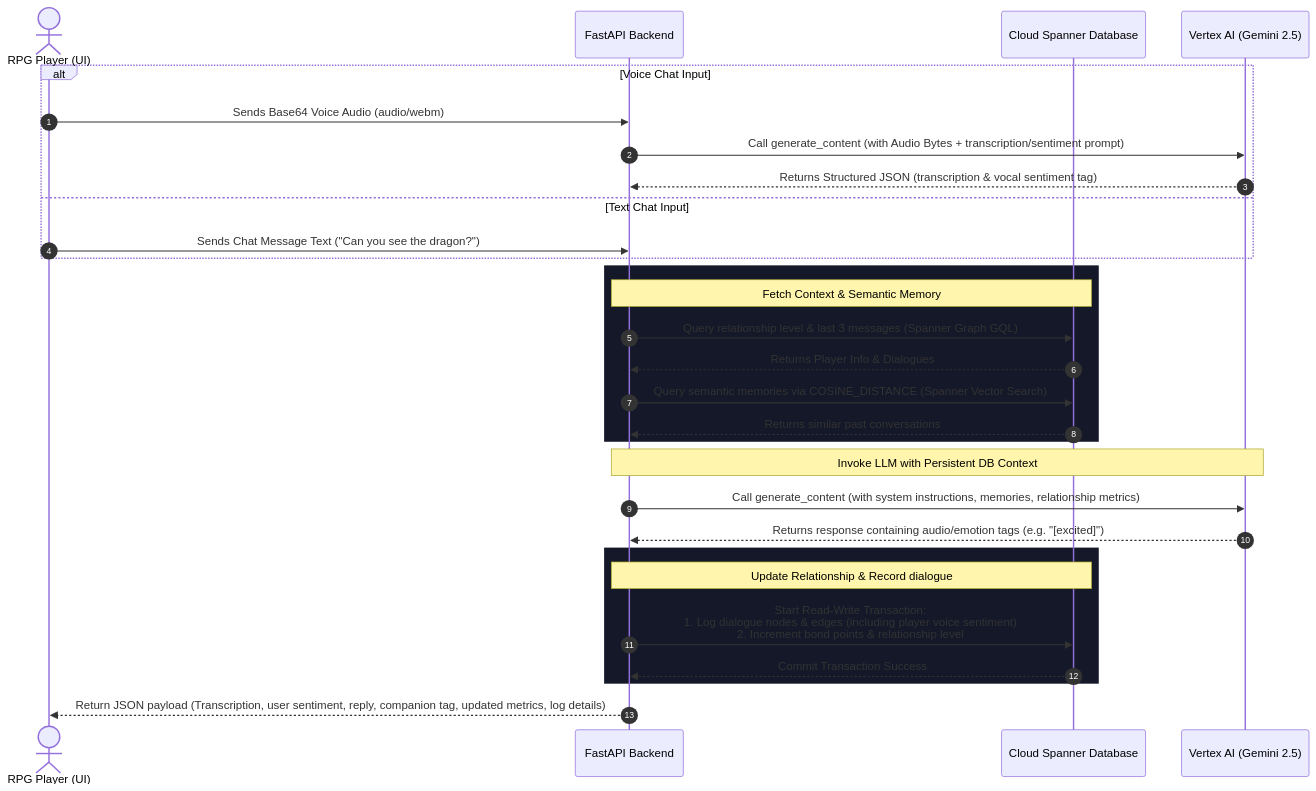
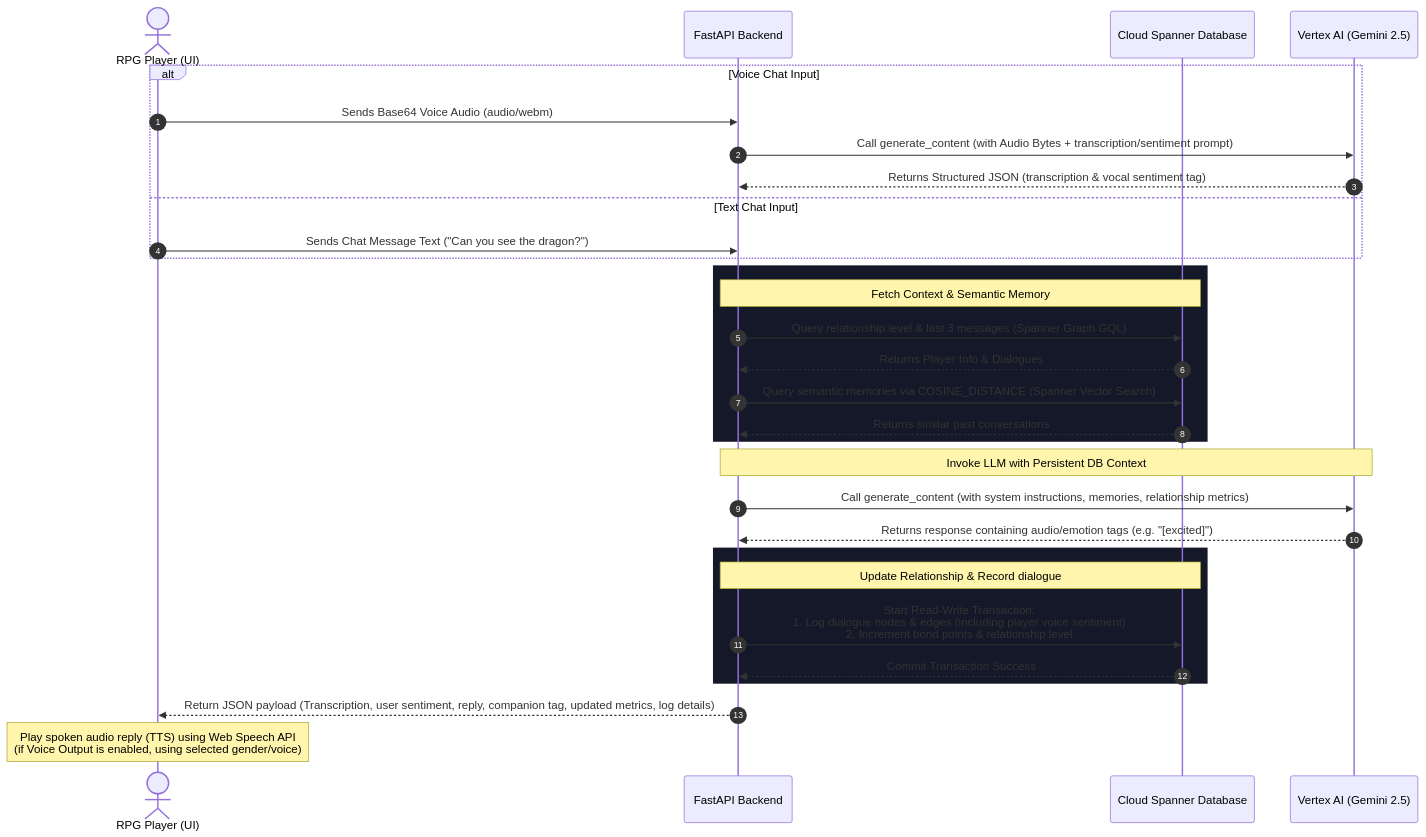
Before and after one commit to priteshjani/memoria-spanner: the diagram in README.md, drawn with Mermaid. The commit also changed other lines of this file and 3 other files, not shown here.

Commit message:
feat: Add text-to-speech (TTS) voice replies with voice selector and gender filters

````diff
--- a/README.md
+++ b/README.md
@@ -57,36 +58,37 @@
 ```mermaid
 sequenceDiagram
     autonumber
     actor Player as RPG Player (UI)
     participant API as FastAPI Backend
     participant Spanner as Cloud Spanner Database
     participant Vertex as Vertex AI (Gemini 2.5)
 
     alt Voice Chat Input
         Player->>API: Sends Base64 Voice Audio (audio/webm)
         API->>Vertex: Call generate_content (with Audio Bytes + transcription/sentiment prompt)
         Vertex-->>API: Returns Structured JSON (transcription & vocal sentiment tag)
     else Text Chat Input
         Player->>API: Sends Chat Message Text ("Can you see the dragon?")
     end
     
     rect rgb(20, 24, 40)
         Note over API, Spanner: Fetch Context & Semantic Memory
         API->>Spanner: Query relationship level & last 3 messages (Spanner Graph GQL)
         Spanner-->>API: Returns Player Info & Dialogues
         API->>Spanner: Query semantic memories via COSINE_DISTANCE (Spanner Vector Search)
         Spanner-->>API: Returns similar past conversations
     end
 
     Note over API, Vertex: Invoke LLM with Persistent DB Context
     API->>Vertex: Call generate_content (with system instructions, memories, relationship metrics)
     Vertex-->>API: Returns response containing audio/emotion tags (e.g. "[excited]")
 
     rect rgb(20, 24, 40)
         Note over API, Spanner: Update Relationship & Record dialogue
         API->>Spanner: Start Read-Write Transaction:<br/>1. Log dialogue nodes & edges (including player voice sentiment)<br/>2. Increment bond points & relationship level
         Spanner-->>API: Commit Transaction Success
     end
 
     API-->>Player: Return JSON payload (Transcription, user sentiment, reply, companion tag, updated metrics, log details)
+    Note over Player: Play spoken audio reply (TTS) using Web Speech API<br/>(if Voice Output is enabled, using selected gender/voice)
 ```
````
